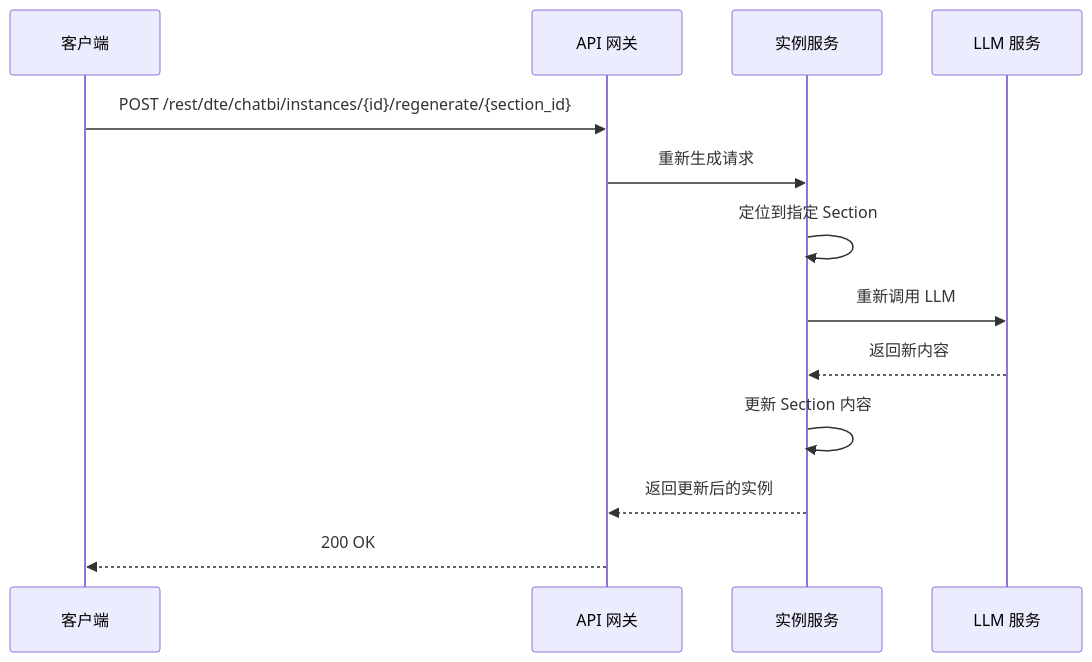
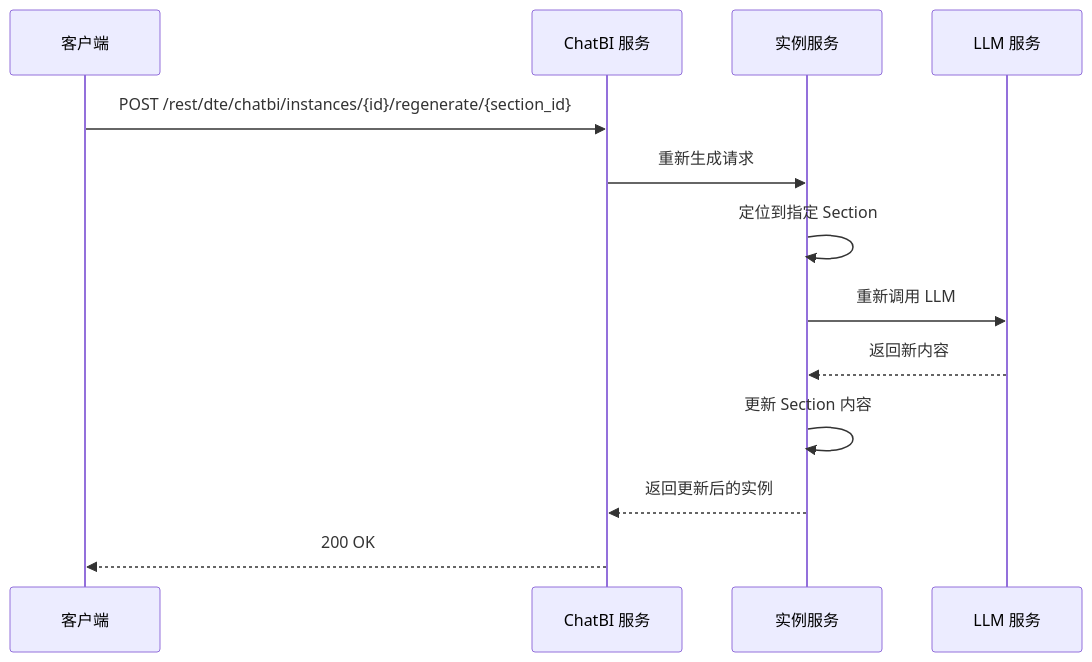
One commit to shel447/ReportSystem changed diagram 12 of 13 in design.md. Above: the diagram before and after it, drawn with Mermaid. The commit also changed other lines of this file, not shown here.

Commit message:
Update: Remove API gateway, ChatBI service provides all interfaces directly

````diff
--- a/design.md
+++ b/design.md
@@ -745,16 +755,16 @@
 ```mermaid
 sequenceDiagram
     participant Client as 客户端
-    participant API as API 网关
+    participant ChatBI as ChatBI 服务
     participant Instance as 实例服务
     participant LLM as LLM 服务
 
-    Client->>API: POST /rest/dte/chatbi/instances/{id}/regenerate/{section_id}
-    API->>Instance: 重新生成请求
+    Client->>ChatBI: POST /rest/dte/chatbi/instances/{id}/regenerate/{section_id}
+    ChatBI->>Instance: 重新生成请求
     Instance->>Instance: 定位到指定 Section
     Instance->>LLM: 重新调用 LLM
     LLM-->>Instance: 返回新内容
     Instance->>Instance: 更新 Section 内容
-    Instance-->>API: 返回更新后的实例
-    API-->>Client: 200 OK
+    Instance-->>ChatBI: 返回更新后的实例
+    ChatBI-->>Client: 200 OK
 ```
````
